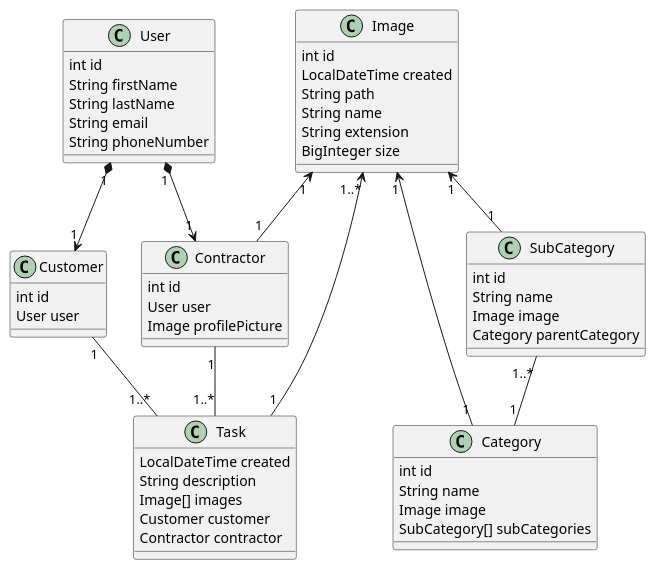
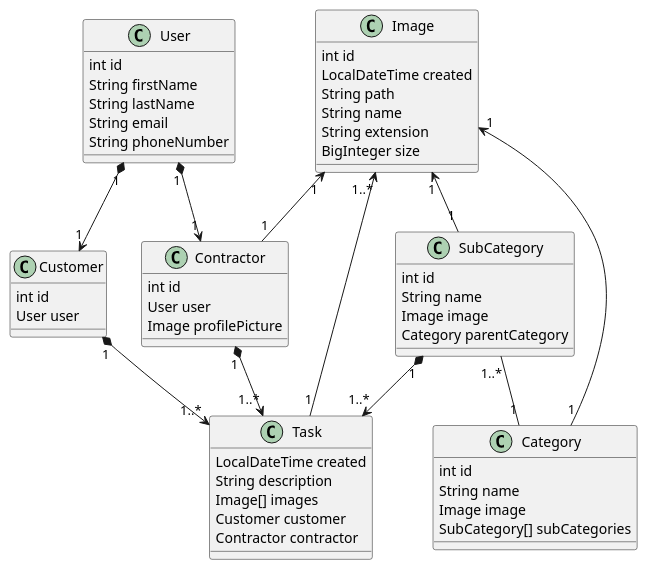
The diagram in doc/classDiagram.wsd (btsogtbaatar/cs489-lab6), drawn with PlantUML before and after one commit. The commit also changed 20 other files, not shown here.

```diff
--- a/doc/classDiagram.wsd
+++ b/doc/classDiagram.wsd
@@ -1,66 +1,67 @@
 @startuml "Class Diagram"
 
 class User {
     int id
     String firstName
     String lastName
     String email
     String phoneNumber
 }
 
 class Contractor {
     int id
     User user
     Image profilePicture
 }
 
 class Customer {
     int id
     User user
 }
 
 class Category {
     int id
     String name
     Image image
     SubCategory[] subCategories
 }
 
 class SubCategory {
     int id
     String name
     Image image
     Category parentCategory
 }
 
 class Task {
     LocalDateTime created
     String description
     Image[] images
     Customer customer
     Contractor contractor
 }
 
 class Image {
     int id
     LocalDateTime created
     String path
     String name
     String extension
     BigInteger size
 }
 
 User "1" *--> "1" Customer
 User "1" *--> "1" Contractor
 
-SubCategory "1..*"--"1" Category
-Image "1"<--"1" Contractor
+SubCategory "1..*" -- "1" Category
+Image "1" <-- "1" Contractor
 
-Image "1"<--"1" Category
-Image "1"<--"1" SubCategory
+Image "1" <-- "1" Category
+Image "1" <-- "1" SubCategory
 
-Image "1..*"<--"1" Task
-Customer "1"--"1..*" Task
-Contractor "1"--"1..*" Task
+Image "1..*" <-- "1" Task
+Customer "1" *--> "1..*" Task
+Contractor "1" *--> "1..*" Task
+SubCategory "1" *--> "1..*" Task
 
 @enduml
```
